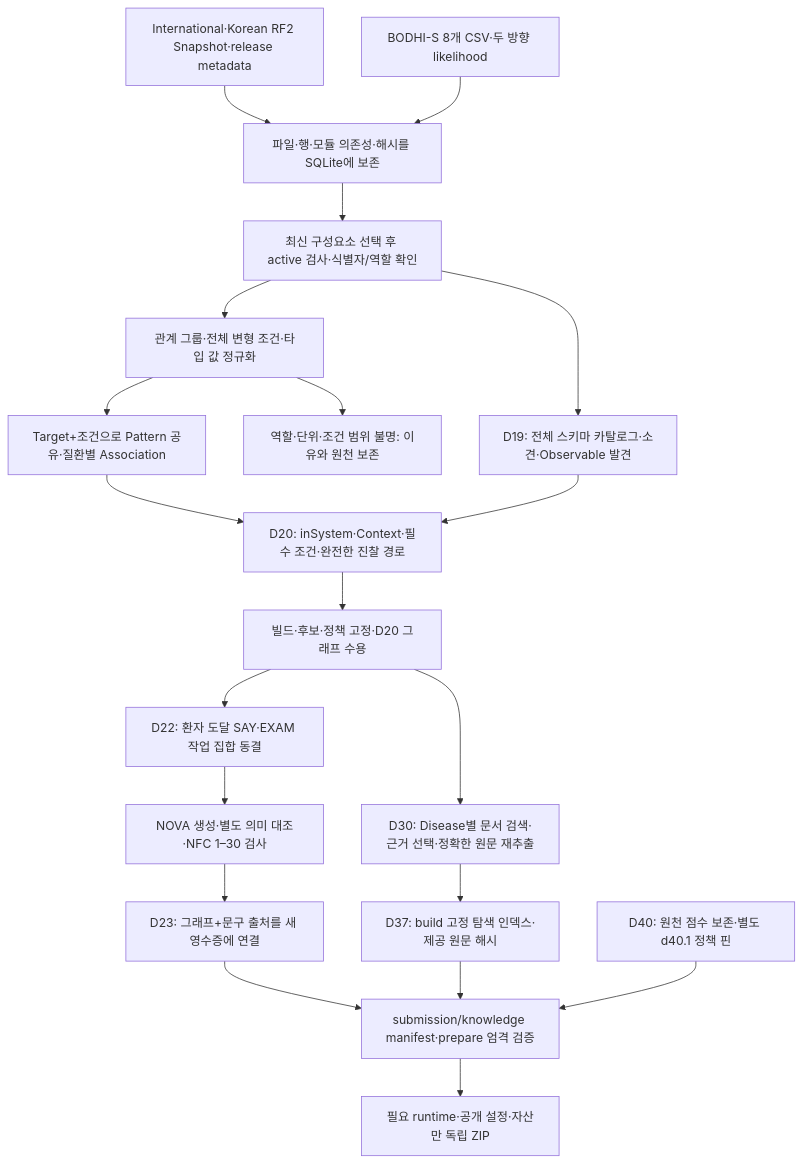
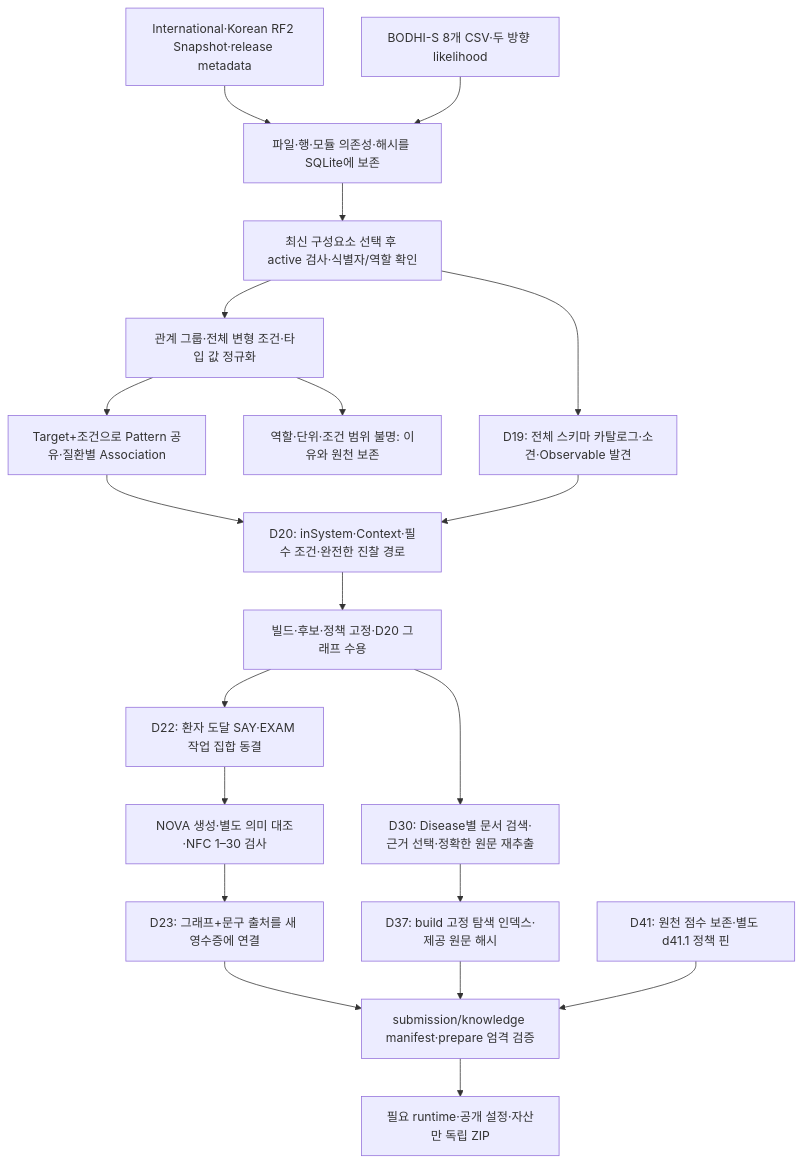
Before and after one commit to devRestain/Ontoward: diagram 16 of 16 in submission/README.md, drawn with Mermaid. The commit also changed other lines of this file and 97 other files, not shown here.

````diff
--- a/submission/README.md
+++ b/submission/README.md
@@ -1017,22 +983,22 @@
 ```mermaid
 flowchart TD
     RF2["International·Korean RF2 Snapshot·release metadata"] --> Custody["파일·행·모듈 의존성·해시를 SQLite에 보존"]
     BODHI["BODHI-S 8개 CSV·두 방향 likelihood"] --> Custody
     Custody --> Latest["최신 구성요소 선택 후 active 검사·식별자/역할 확인"]
     Latest --> Normalize["관계 그룹·전체 변형 조건·타입 값 정규화"]
     Normalize --> Shared["Target+조건으로 Pattern 공유·질환별 Association"]
     Normalize --> Gap["역할·단위·조건 범위 불명: 이유와 원천 보존"]
     Latest --> Discovery["D19: 전체 스키마 카탈로그·소견·Observable 발견"]
     Shared --> Connect["D20: inSystem·Context·필수 조건·완전한 진찰 경로"]
     Discovery --> Connect
     Connect --> Graph["빌드·후보·정책 고정·D20 그래프 수용"]
     Graph --> Workset["D22: 환자 도달 SAY·EXAM 작업 집합 동결"]
     Workset --> Text["NOVA 생성·별도 의미 대조·NFC 1–30 검사"]
     Text --> Admit["D23: 그래프+문구 출처를 새 영수증에 연결"]
     Admit --> Runtime["submission/knowledge manifest·prepare 엄격 검증"]
     Graph --> Guidelines["D30: Disease별 문서 검색·근거 선택·정확한 원문 재추출"]
     Guidelines --> Index["D37: build 고정 탐색 인덱스·제공 원문 해시"]
     Index --> Runtime
-    Policy["D40: 원천 점수 보존·별도 d40.1 정책 핀"] --> Runtime
+    Policy["D41: 원천 점수 보존·별도 d41.1 정책 핀"] --> Runtime
     Runtime --> Package["필요 runtime·공개 설정·자산만 독립 ZIP"]
 ```
````
